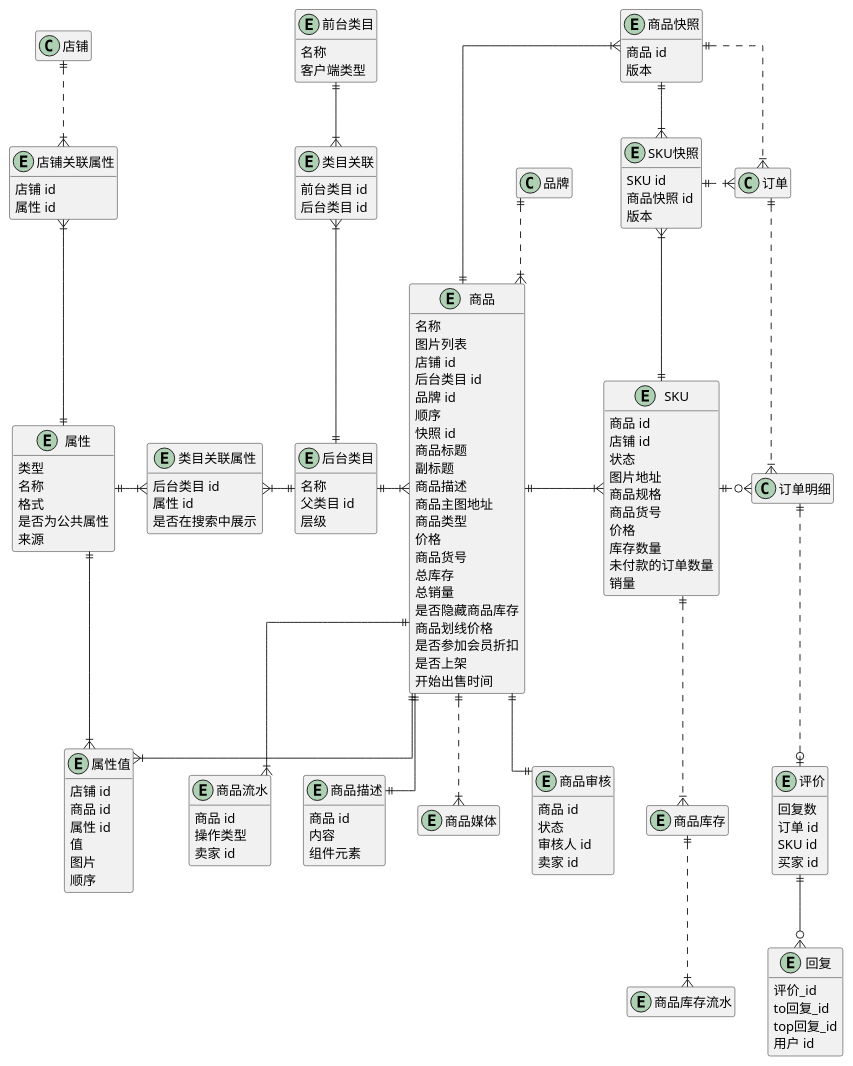
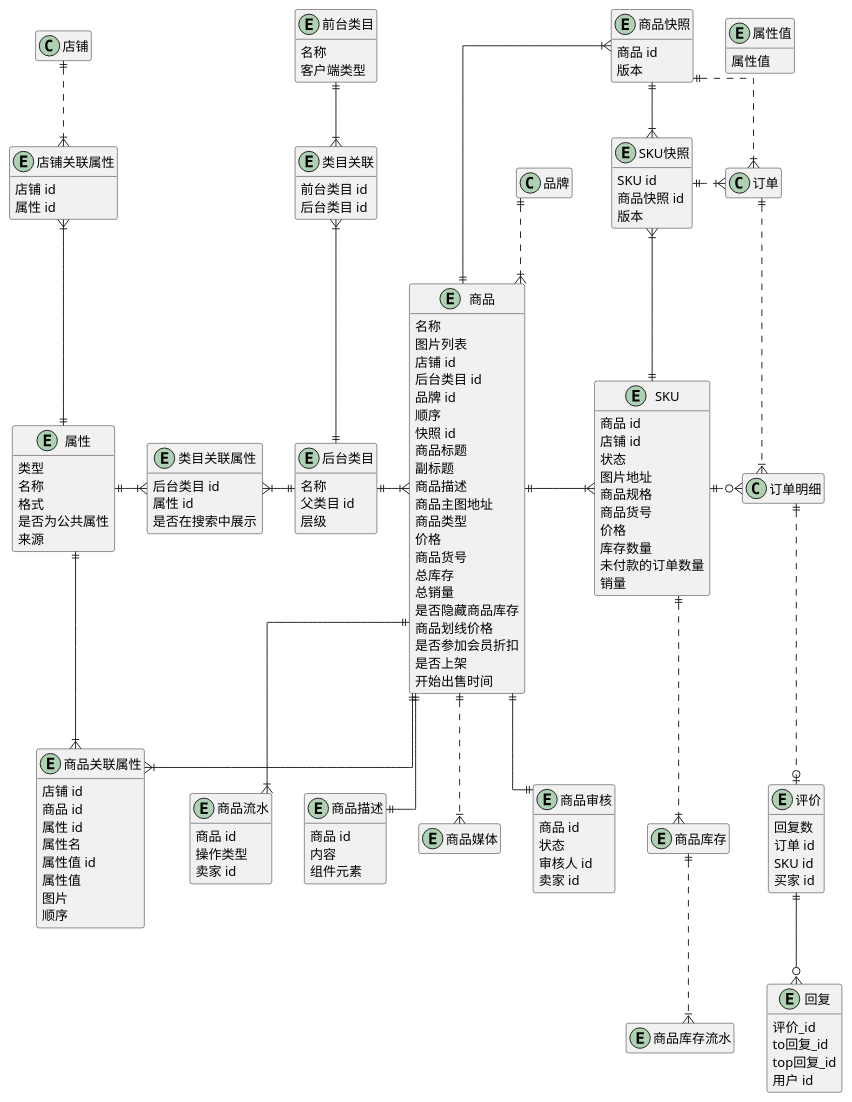
The diagram in doc/商品.puml (awesomecat2020/mock-mall), drawn with PlantUML before and after one commit. The commit also changed 23 other files, not shown here.

```diff
--- a/doc/商品.puml
+++ b/doc/商品.puml
@@ -164,13 +164,19 @@
     属性 id
     是否在搜索中展示
 }
-entity 属性值 {
+' 快照
+entity 商品关联属性 {
     店铺 id
     商品 id
     属性 id
-    值
+    属性名
+    属性值 id
+    属性值
     图片
     顺序
+}
+entity 属性值 {
+    属性值
 }
 ' 店铺自定义属性
 entity 店铺关联属性 {
@@ -180,8 +186,8 @@
 
 属性 ||-|{ 类目关联属性
 类目关联属性 }|-|| 后台类目
-属性 ||--|{ 属性值
-商品 ||--|{ 属性值
+属性 ||--|{ 商品关联属性
+商品 ||--|{ 商品关联属性
 店铺 ||..|{ 店铺关联属性
 店铺关联属性 }|--|| 属性
 
```
